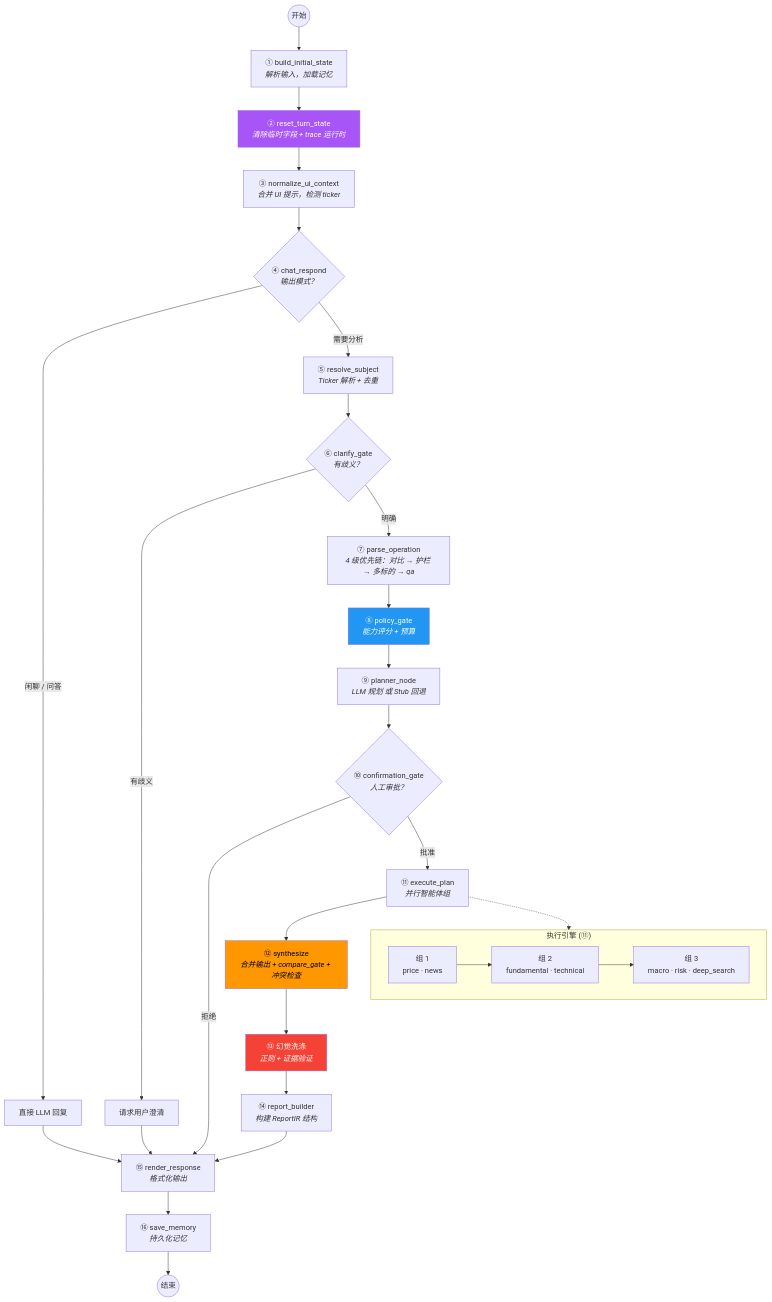
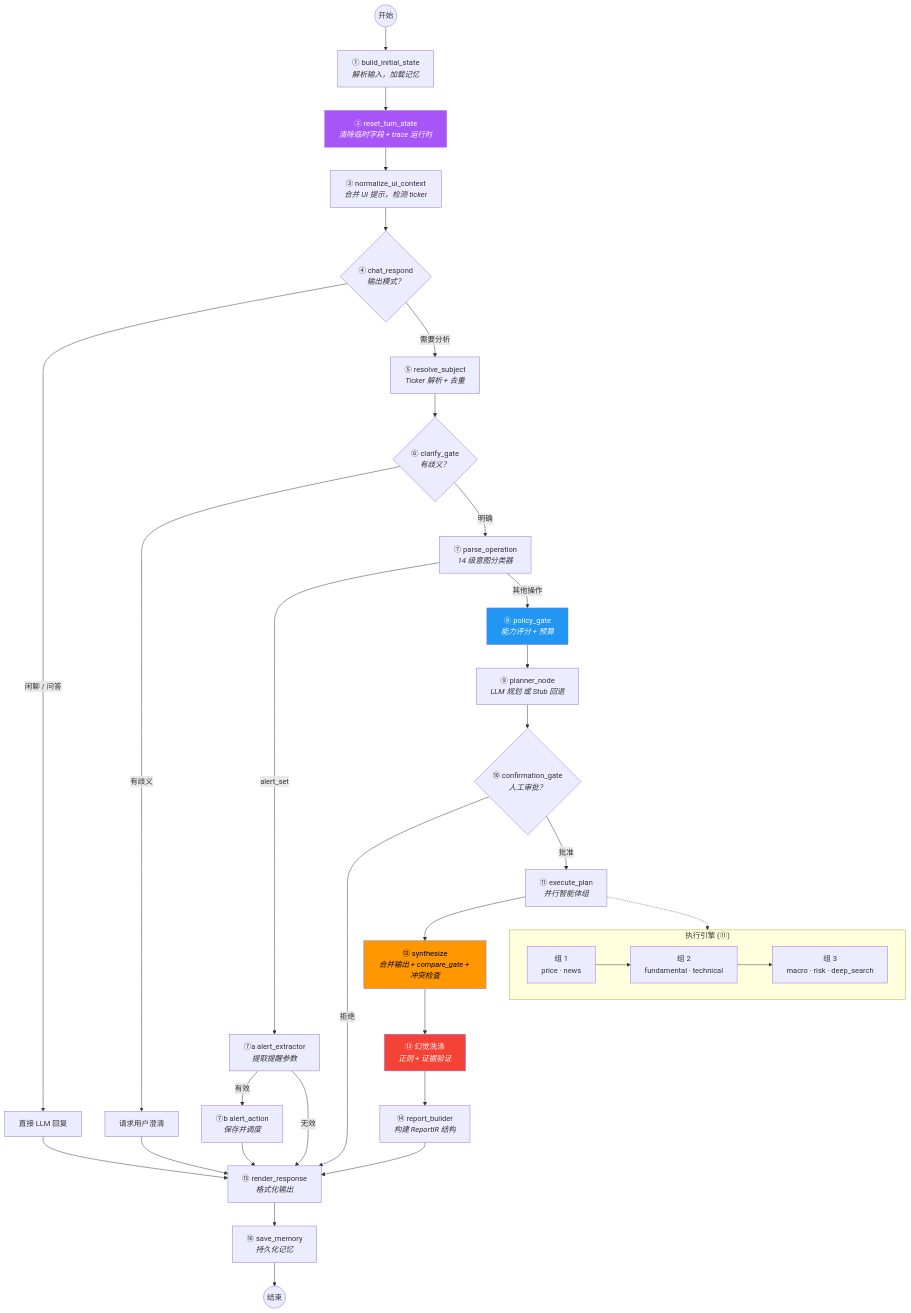
The second of 7 diagrams in readme_cn.md (kkkano/FinSight), drawn with Mermaid before and after one commit. The commit also changed other lines of this file and 2 other files, not shown here.

First line of the commit message:
docs: add parse_operation intent classification details

````diff
--- a/readme_cn.md
+++ b/readme_cn.md
@@ -230,43 +230,47 @@
 ```mermaid
 flowchart TD
     START((开始)) --> INIT["① build_initial_state<br/><i>解析输入，加载记忆</i>"]
     INIT --> RESET["② reset_turn_state<br/><i>清除临时字段 + trace 运行时</i>"]
     RESET --> CTX["③ normalize_ui_context<br/><i>合并 UI 提示，检测 ticker</i>"]
     CTX --> MODE{"④ chat_respond<br/><i>输出模式？</i>"}
 
     MODE -->|"闲聊 / 问答"| CHAT_END["直接 LLM 回复"]
     CHAT_END --> RENDER
     MODE -->|"需要分析"| SUBJ["⑤ resolve_subject<br/><i>Ticker 解析 + 去重</i>"]
 
     SUBJ --> CLARIFY{"⑥ clarify_gate<br/><i>有歧义？</i>"}
     CLARIFY -->|"有歧义"| ASK["请求用户澄清"]
     ASK --> RENDER
-    CLARIFY -->|"明确"| PARSE["⑦ parse_operation<br/><i>4 级优先链：对比 → 护栏 → 多标的 → qa</i>"]
+    CLARIFY -->|"明确"| PARSE["⑦ parse_operation<br/><i>14 级意图分类器</i>"]
 
-    PARSE --> POLICY["⑧ policy_gate<br/><i>能力评分 + 预算</i>"]
+    PARSE -->|"alert_set"| ALERT_EX["⑦a alert_extractor<br/><i>提取提醒参数</i>"]
+    ALERT_EX -->|"有效"| ALERT_ACT["⑦b alert_action<br/><i>保存并调度</i>"]
+    ALERT_EX -->|"无效"| RENDER
+    ALERT_ACT --> RENDER
+    PARSE -->|"其他操作"| POLICY["⑧ policy_gate<br/><i>能力评分 + 预算</i>"]
     POLICY --> PLAN["⑨ planner_node<br/><i>LLM 规划 或 Stub 回退</i>"]
 
     PLAN --> CONFIRM{"⑩ confirmation_gate<br/><i>人工审批？</i>"}
     CONFIRM -->|"拒绝"| RENDER
     CONFIRM -->|"批准"| EXEC["⑪ execute_plan<br/><i>并行智能体组</i>"]
 
     EXEC --> SYNTH["⑫ synthesize<br/><i>合并输出 + compare_gate + 冲突检查</i>"]
     SYNTH --> SCRUB["⑬ 幻觉洗涤<br/><i>正则 + 证据验证</i>"]
     SCRUB --> BUILD["⑭ report_builder<br/><i>构建 ReportIR 结构</i>"]
     BUILD --> RENDER["⑮ render_response<br/><i>格式化输出</i>"]
     RENDER --> SAVE["⑯ save_memory<br/><i>持久化记忆</i>"]
     SAVE --> END((结束))
 
     subgraph "执行引擎 (⑪)"
         direction LR
         EG1["组 1<br/>price · news"] --> EG2["组 2<br/>fundamental · technical"]
         EG2 --> EG3["组 3<br/>macro · risk · deep_search"]
     end
 
     EXEC -.-> EG1
 
     style RESET fill:#a855f7,color:#fff
     style SYNTH fill:#ff9800,color:#000
     style SCRUB fill:#f44336,color:#fff
     style POLICY fill:#2196f3,color:#fff
 ```
````
